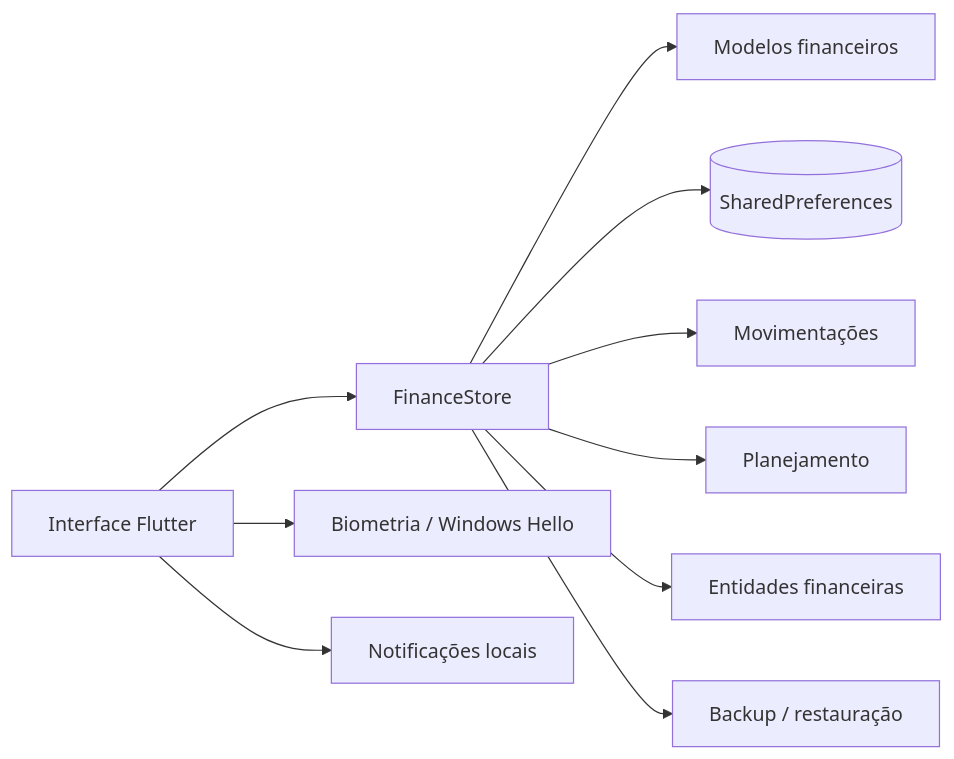
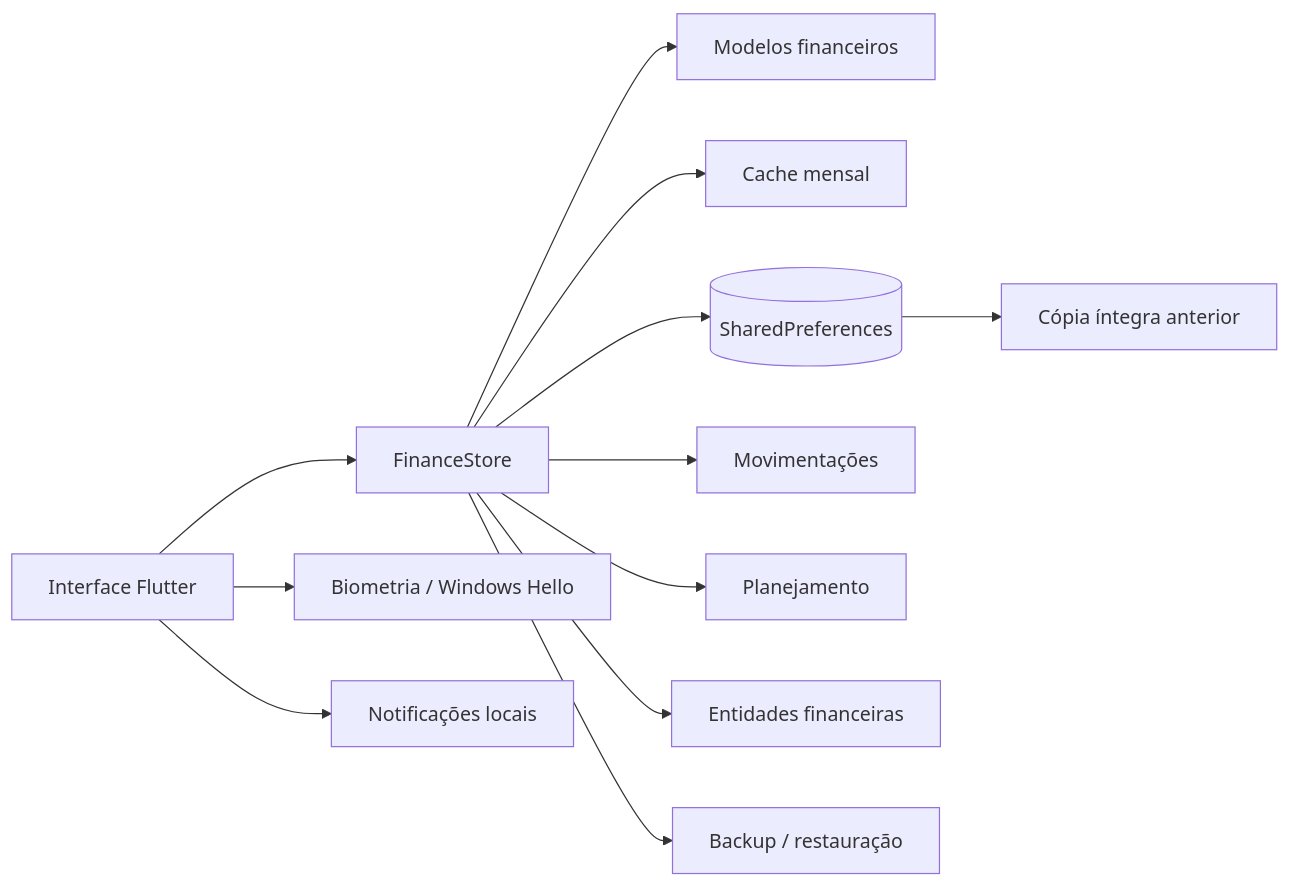
One commit to VictorAms12/finora changed the diagram in README.md. Above: the diagram before and after it, drawn with Mermaid. The commit also changed other lines of this file and 23 other files, not shown here.

````diff
--- a/README.md
+++ b/README.md
@@ -126,12 +151,14 @@
 ```mermaid
 flowchart LR
     UI[Interface Flutter] --> STORE[FinanceStore]
     STORE --> DATA[Modelos financeiros]
+    STORE --> CACHE[Cache mensal]
     STORE --> LOCAL[(SharedPreferences)]
+    LOCAL --> RECOVERY[Cópia íntegra anterior]
     STORE --> TX[Movimentações]
     STORE --> PLAN[Planejamento]
     STORE --> ENT[Entidades financeiras]
     STORE --> BACKUP[Backup / restauração]
     UI --> AUTH[Biometria / Windows Hello]
     UI --> NOTIF[Notificações locais]
 ```
````
